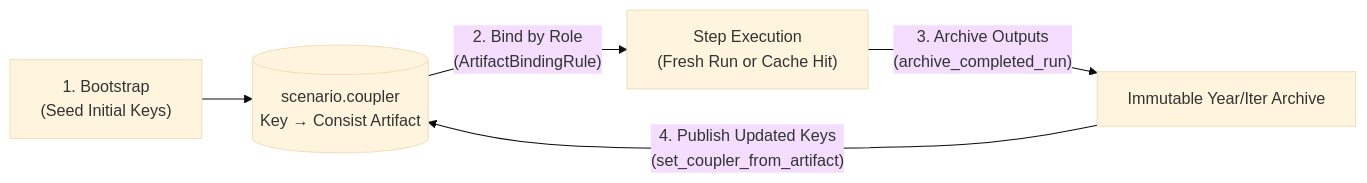
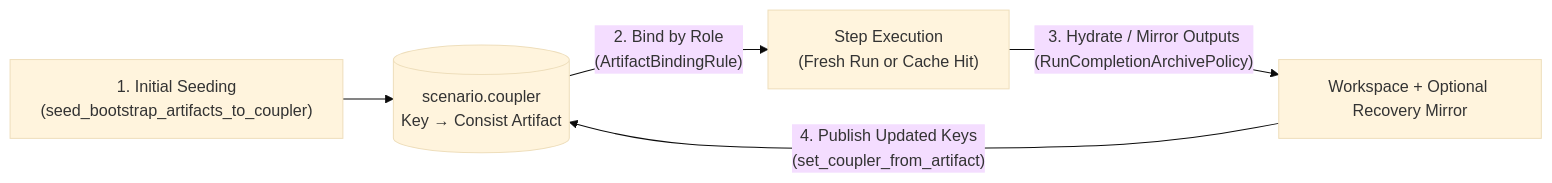
Before and after one commit to LBNL-UCB-STI/PILATES: the diagram in docs/workflow/artifact_flow.md, drawn with Mermaid (base theme). The commit also changed other lines of this file and 15 other files, not shown here.

````diff
--- a/docs/workflow/artifact_flow.md
+++ b/docs/workflow/artifact_flow.md
@@ -18,7 +18,7 @@
 ```mermaid
 flowchart LR
-    Boot["1. Bootstrap<br/>(Seed Initial Keys)"] --> Coupler[("scenario.coupler<br/>Key → Consist Artifact")]
+    Boot["1. Initial Seeding<br/>(seed_bootstrap_artifacts_to_coupler)"] --> Coupler[("scenario.coupler<br/>Key → Consist Artifact")]
     Coupler -->|"2. Bind by Role<br/>(ArtifactBindingRule)"| Step["Step Execution<br/>(Fresh Run or Cache Hit)"]
-    Step -->|"3. Archive Outputs<br/>(archive_completed_run)"| Archive["Immutable Year/Iter Archive"]
+    Step -->|"3. Hydrate / Mirror Outputs<br/>(RunCompletionArchivePolicy)"| Archive["Workspace + Optional Recovery Mirror"]
     Archive -->|"4. Publish Updated Keys<br/>(set_coupler_from_artifact)"| Coupler
 ```
````
